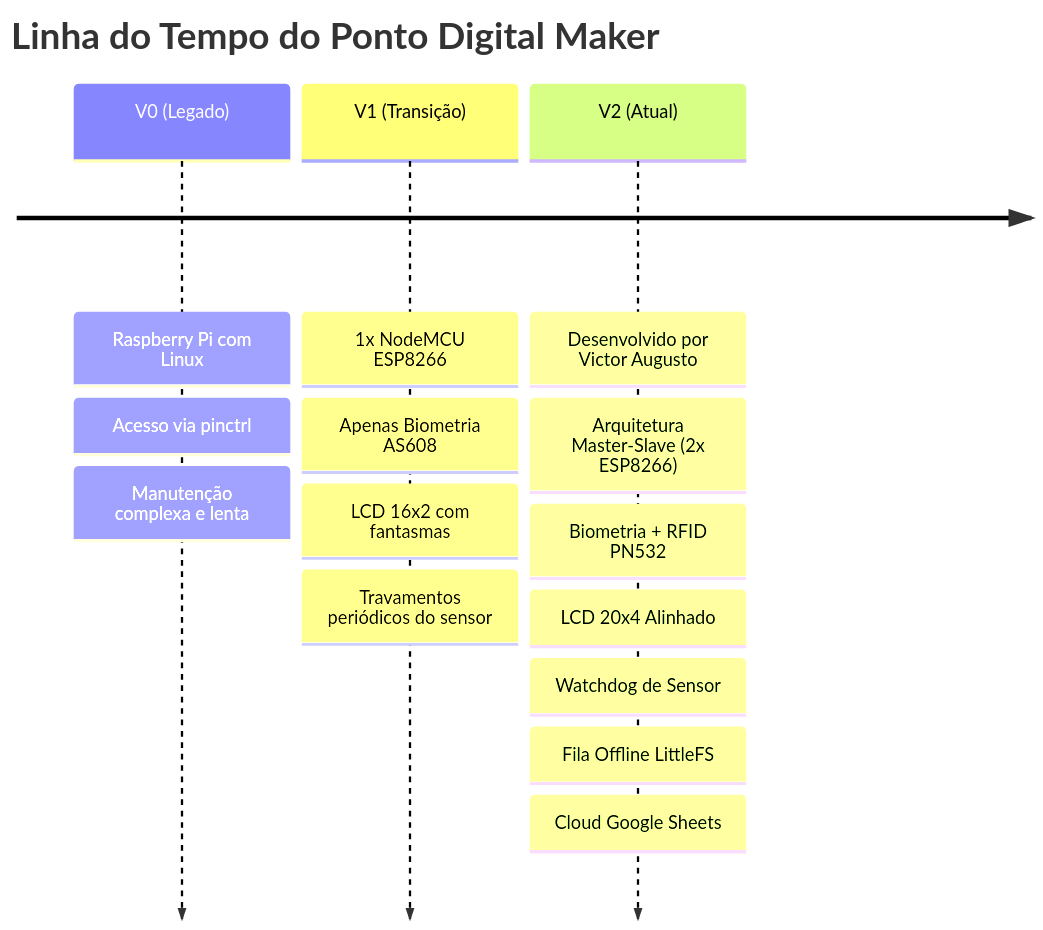
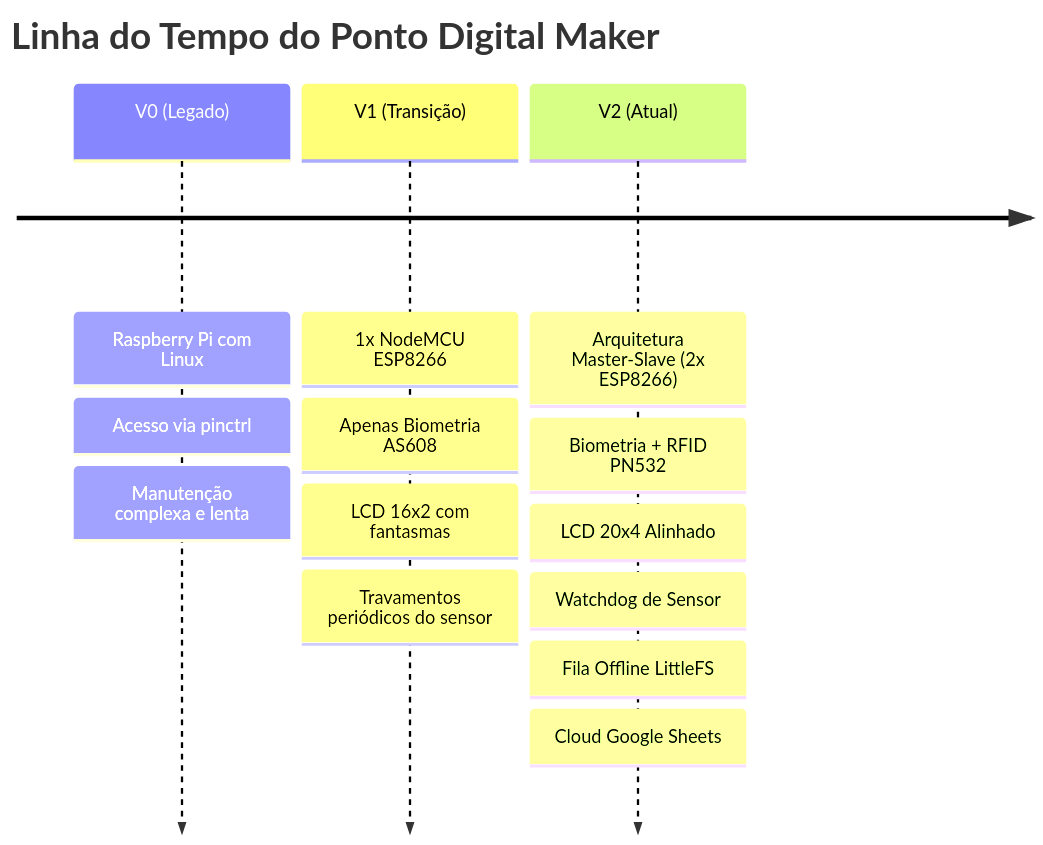
The first of 2 diagrams in README.md (victor-silverio/ponto-digital-maker), drawn with Mermaid before and after one commit.

````diff
--- a/README.md
+++ b/README.md
@@ -39,7 +39,7 @@
 ```mermaid
 timeline
     title Linha do Tempo do Ponto Digital Maker
     V0 (Legado) : Raspberry Pi com Linux : Acesso via pinctrl : Manutenção complexa e lenta
     V1 (Transição) : 1x NodeMCU ESP8266 : Apenas Biometria AS608 : LCD 16x2 com fantasmas : Travamentos periódicos do sensor
-    V2 (Atual) : Desenvolvido por Victor Augusto : Arquitetura Master-Slave (2x ESP8266) : Biometria + RFID PN532 : LCD 20x4 Alinhado : Watchdog de Sensor : Fila Offline LittleFS : Cloud Google Sheets
+    V2 (Atual) : Arquitetura Master-Slave (2x ESP8266) : Biometria + RFID PN532 : LCD 20x4 Alinhado : Watchdog de Sensor : Fila Offline LittleFS : Cloud Google Sheets
 ```
````
